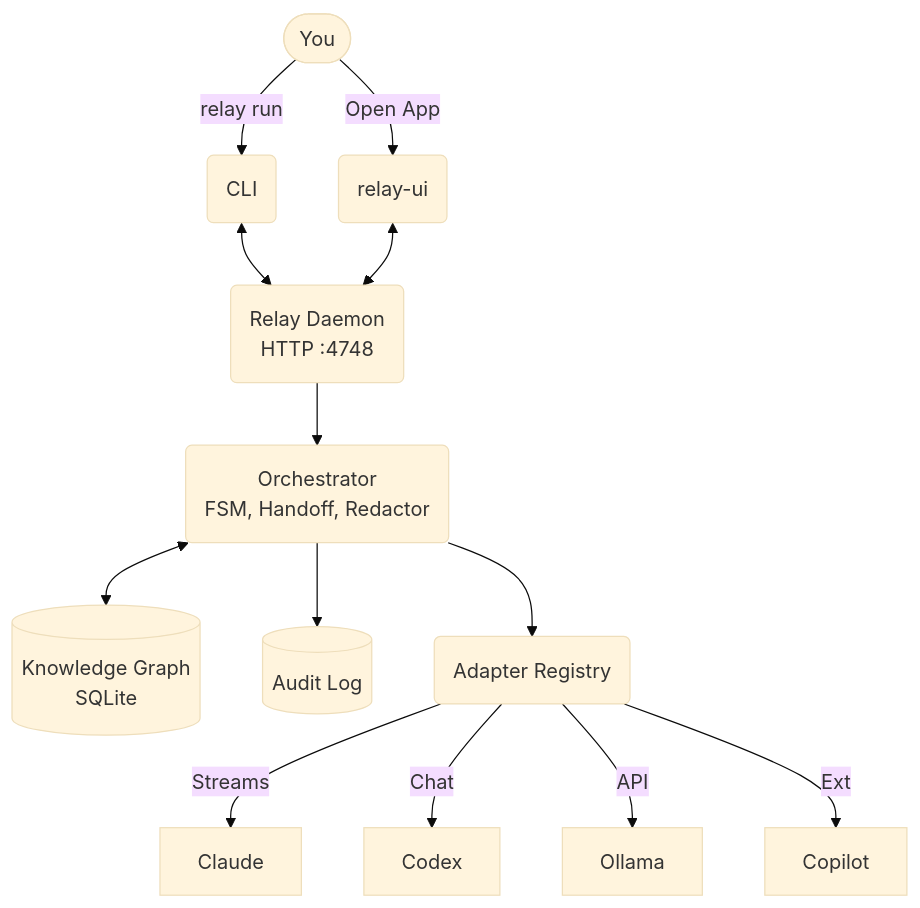
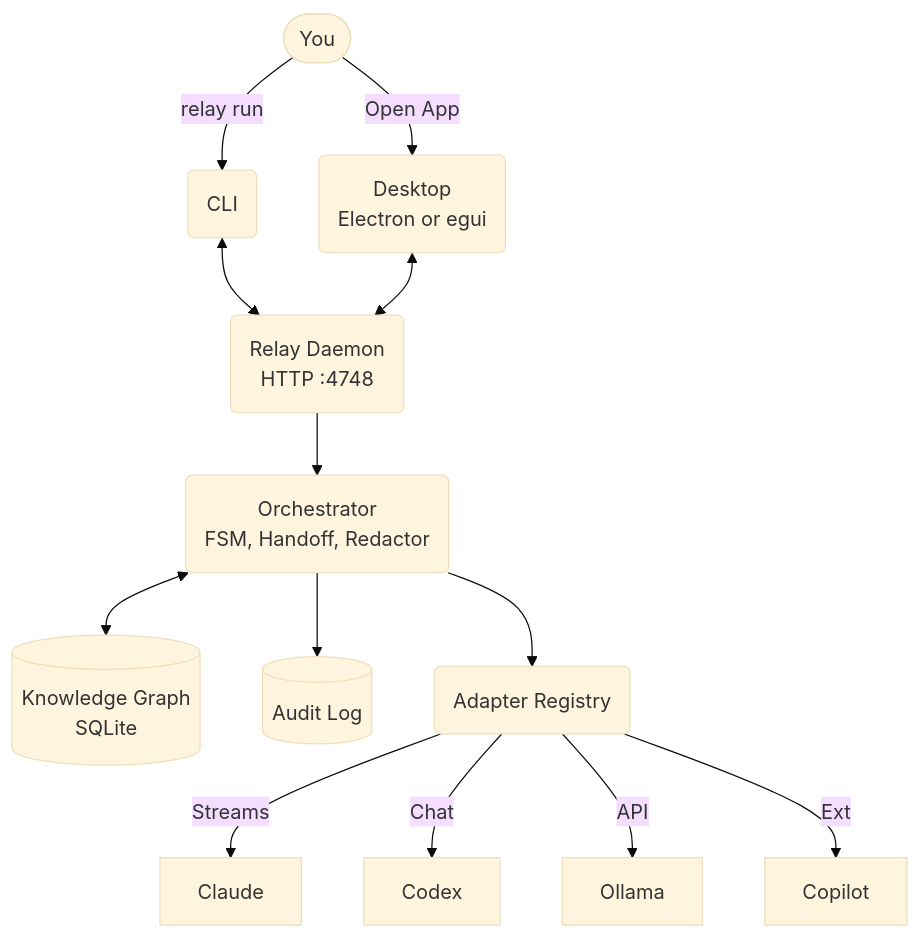
The second of 2 diagrams in README.md (dbisina/relay), drawn with Mermaid (base theme) before and after one commit. The commit also changed other lines of this file and 58 other files, not shown here.

First line of the commit message:
Add Electron desktop client

````diff
--- a/README.md
+++ b/README.md
@@ -138,17 +158,17 @@
 ```mermaid
 graph TD
     User([You]) -->|relay run| CLI(CLI)
-    User -->|Open App| UI(relay-ui)
+    User -->|Open App| UI(Desktop<br/>Electron or egui)
     CLI <--> Daemon(Relay Daemon<br/>HTTP :4748)
     UI <--> Daemon
 
     Daemon --> Orch(Orchestrator<br/>FSM, Handoff, Redactor)
     Orch <--> Graph[(Knowledge Graph<br/>SQLite)]
     Orch --> Audit[(Audit Log)]
 
     Orch --> Adapters(Adapter Registry)
     Adapters -->|Streams| Claude[Claude]
     Adapters -->|Chat| Codex[Codex]
     Adapters -->|API| Ollama[Ollama]
     Adapters -->|Ext| Copilot[Copilot]
 ```
````
